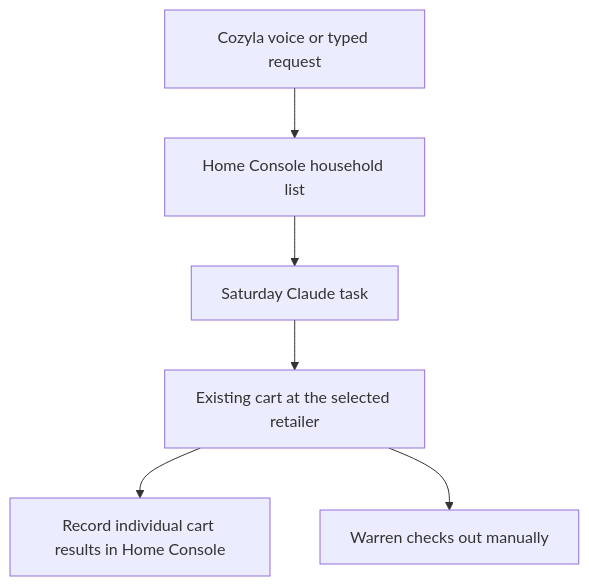
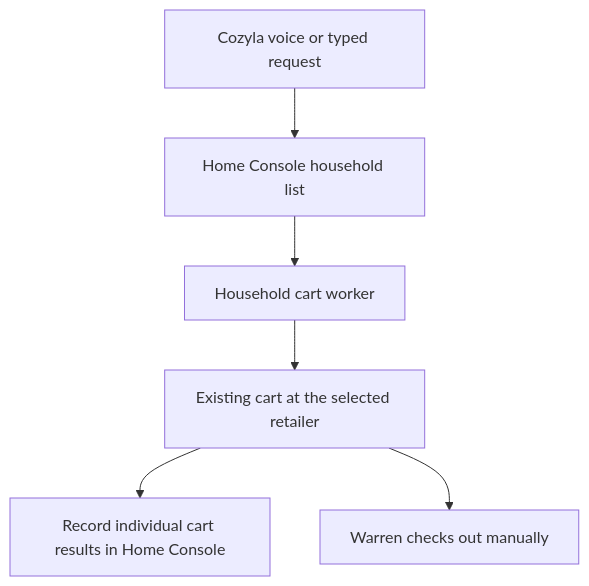
Before and after one commit to dpmald/home-console: the diagram in docs/CLAUDE-GROCERY-HANDOFF.md, drawn with Mermaid. The commit also changed other lines of this file and 60 other files, not shown here.

First line of the commit message:
Send household grocery requests to the shared cart within minutes (#9)

````diff
--- a/docs/CLAUDE-GROCERY-HANDOFF.md
+++ b/docs/CLAUDE-GROCERY-HANDOFF.md
@@ -62,8 +61,8 @@
 ```mermaid
 flowchart TD
     A[Cozyla voice or typed request] --> B[Home Console household list]
-    B --> C[Saturday Claude task]
+    B --> C[Household cart worker]
     C --> D[Existing cart at the selected retailer]
     D --> E[Record individual cart results in Home Console]
     D --> F[Warren checks out manually]
 ```
````
